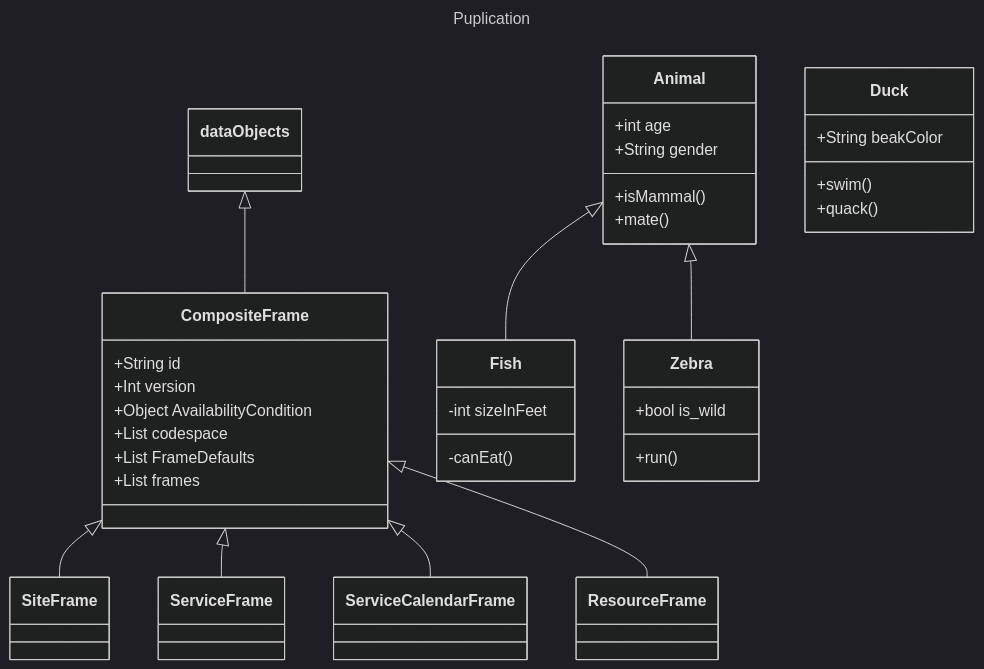
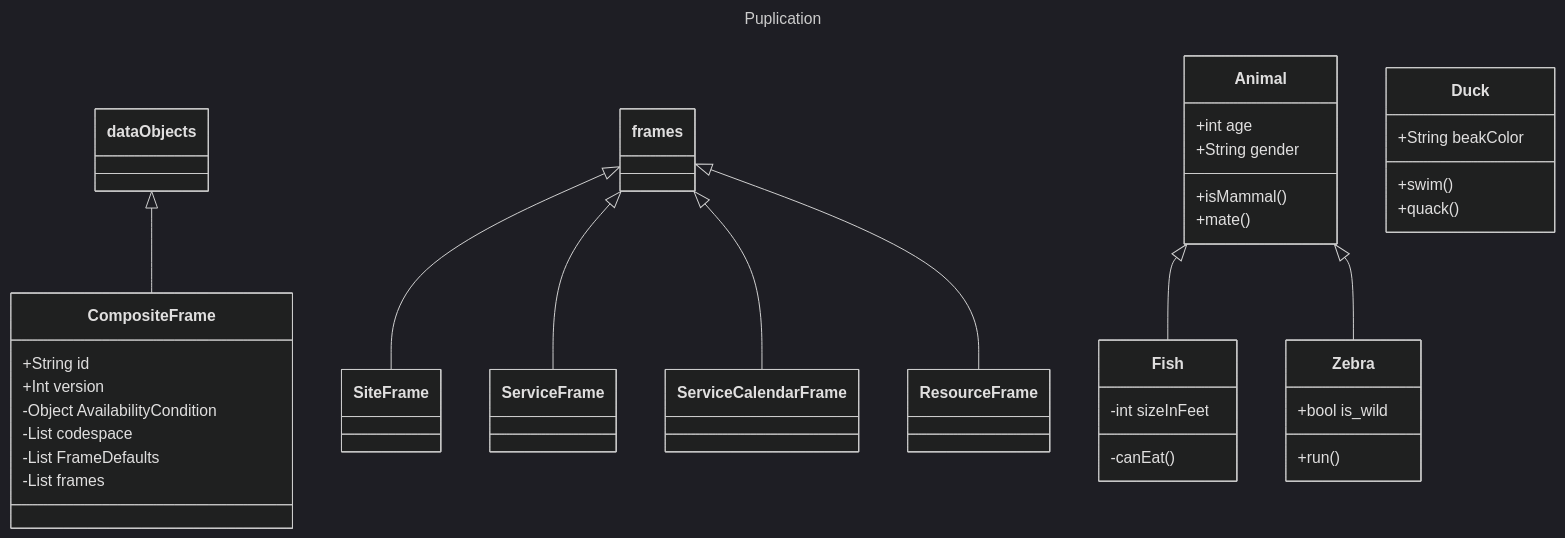
The diagram in 04-Guides/Timetable_DatedServiceJourney_V2.md (hfjelstad/Profile-Documentation), drawn with Mermaid (dark theme) before and after one commit.

Commit message:
Modelling

````diff
--- a/04-Guides/Timetable_DatedServiceJourney_V2.md
+++ b/04-Guides/Timetable_DatedServiceJourney_V2.md
@@ -82,37 +82,39 @@
 ```mermaid
 ---
 title: Puplication 
 ---
 
 classDiagram
     dataObjects <|-- CompositeFrame
     CompositeFrame : +String id
     CompositeFrame : +Int version
-    CompositeFrame: +Object AvailabilityCondition
-    CompositeFrame: +List codespace
-    CompositeFrame: +List FrameDefaults
-    CompositeFrame: +List frames
-    CompositeFrame <|-- SiteFrame
-    CompositeFrame <|-- ServiceFrame
-    CompositeFrame <|-- ServiceCalendarFrame
-    CompositeFrame <|-- ResourceFrame
+    class CompositeFrame{
+        -Object AvailabilityCondition
+        -List codespace
+        -List FrameDefaults
+        -List frames
+    }
+    frames <|-- SiteFrame
+    frames <|-- ServiceFrame
+    frames <|-- ServiceCalendarFrame
+    frames <|-- ResourceFrame
     Animal <|-- Fish
     Animal <|-- Zebra
     Animal : +int age
     Animal : +String gender
     Animal: +isMammal()
     Animal: +mate()
     class Duck{
         +String beakColor
         +swim()
         +quack()
     }
     class Fish{
         -int sizeInFeet
         -canEat()
     }
     class Zebra{
         +bool is_wild
         +run()
     }
 ```
````
